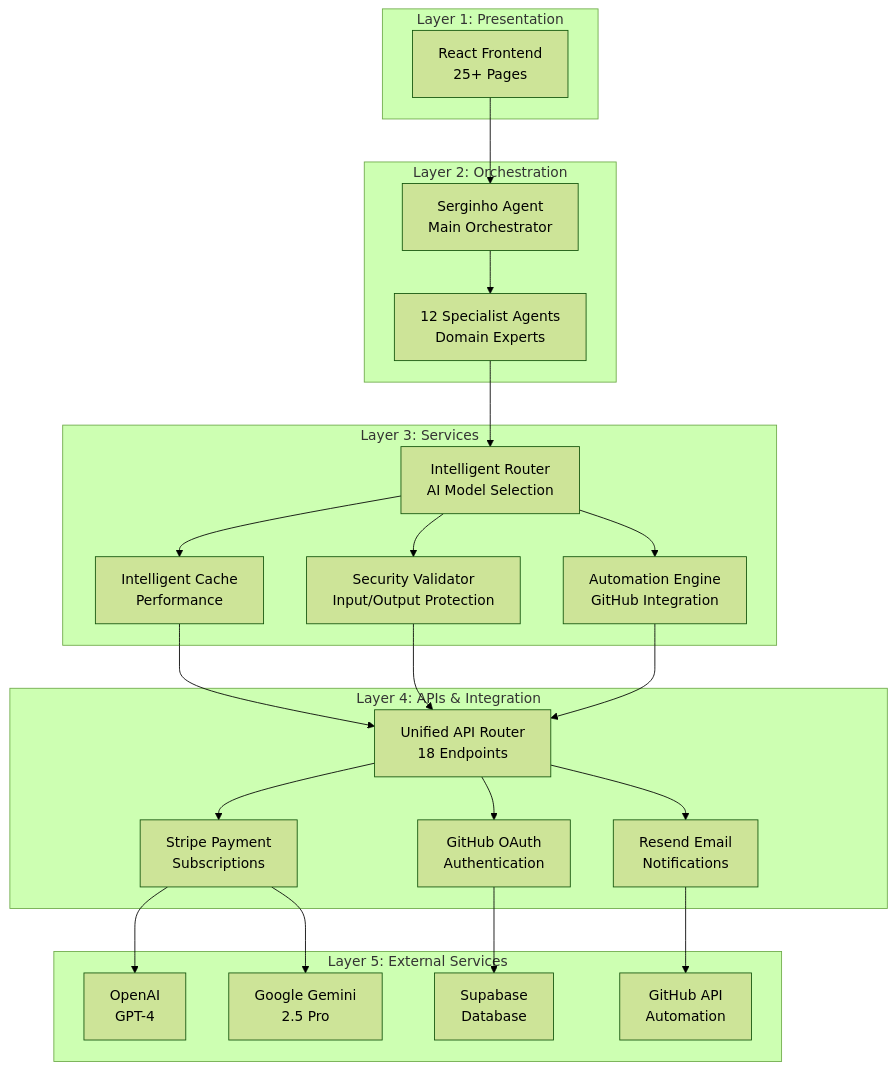
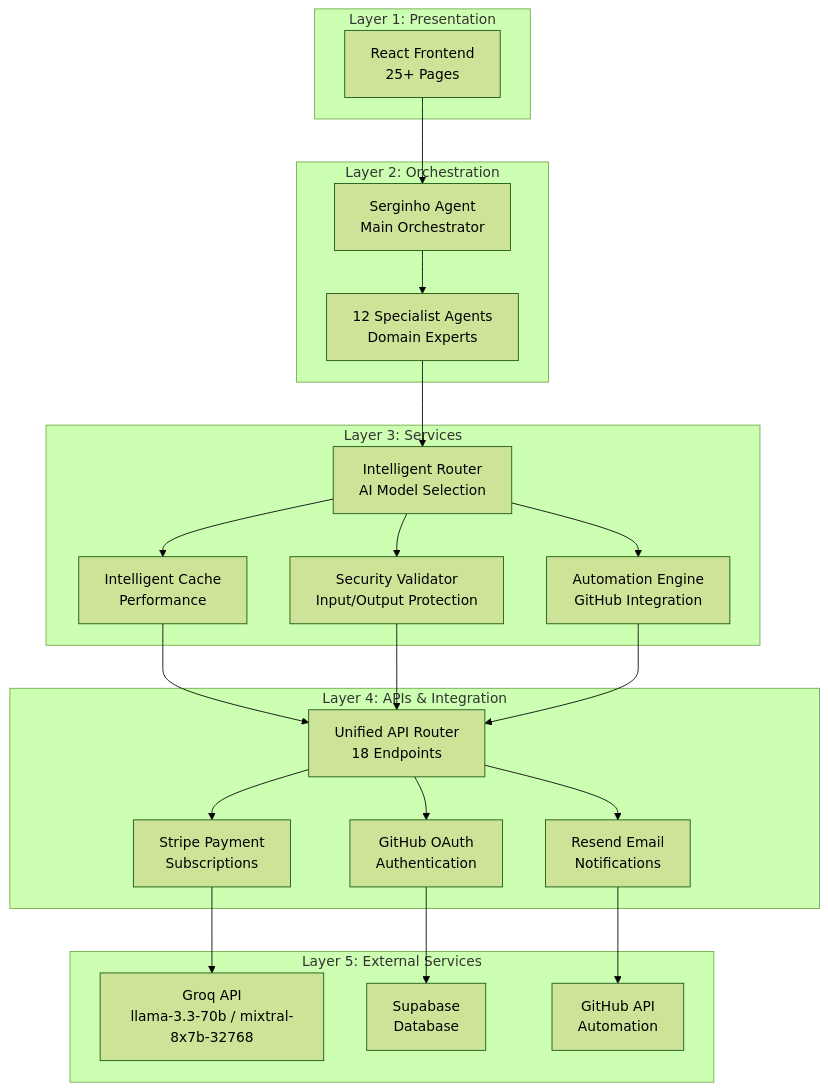
Before and after one commit to kizirianmax/rkmmax-hibrido: the diagram in README.md, drawn with Mermaid (forest theme). The commit also changed other lines of this file and 4 other files, not shown here.

First line of the commit message:
docs: align README and .env.example to Groq-only architecture; delete obsolete docs (#228)

````diff
--- a/README.md
+++ b/README.md
@@ -55,49 +54,47 @@
 ```mermaid
 graph TB
     subgraph "Layer 1: Presentation"
         UI[React Frontend<br/>25+ Pages]
     end
     
     subgraph "Layer 2: Orchestration"
         SERGINHO[Serginho Agent<br/>Main Orchestrator]
         SPECIALISTS[12 Specialist Agents<br/>Domain Experts]
     end
     
     subgraph "Layer 3: Services"
         ROUTER[Intelligent Router<br/>AI Model Selection]
         CACHE[Intelligent Cache<br/>Performance]
         SECURITY[Security Validator<br/>Input/Output Protection]
         AUTOMATION[Automation Engine<br/>GitHub Integration]
     end
     
     subgraph "Layer 4: APIs & Integration"
         API[Unified API Router<br/>18 Endpoints]
         PAYMENT[Stripe Payment<br/>Subscriptions]
         AUTH[GitHub OAuth<br/>Authentication]
         EMAIL[Resend Email<br/>Notifications]
     end
     
     subgraph "Layer 5: External Services"
-        OPENAI[OpenAI<br/>GPT-4]
-        GEMINI[Google Gemini<br/>2.5 Pro]
+        GROQ[Groq API<br/>llama-3.3-70b / mixtral-8x7b-32768]
         SUPABASE[Supabase<br/>Database]
         GITHUB[GitHub API<br/>Automation]
     end
     
     UI --> SERGINHO
     SERGINHO --> SPECIALISTS
     SPECIALISTS --> ROUTER
     ROUTER --> CACHE
     ROUTER --> SECURITY
     ROUTER --> AUTOMATION
     CACHE --> API
     SECURITY --> API
     AUTOMATION --> API
     API --> PAYMENT
     API --> AUTH
     API --> EMAIL
-    PAYMENT --> OPENAI
-    PAYMENT --> GEMINI
+    PAYMENT --> GROQ
     AUTH --> SUPABASE
     EMAIL --> GITHUB
 ```
````
